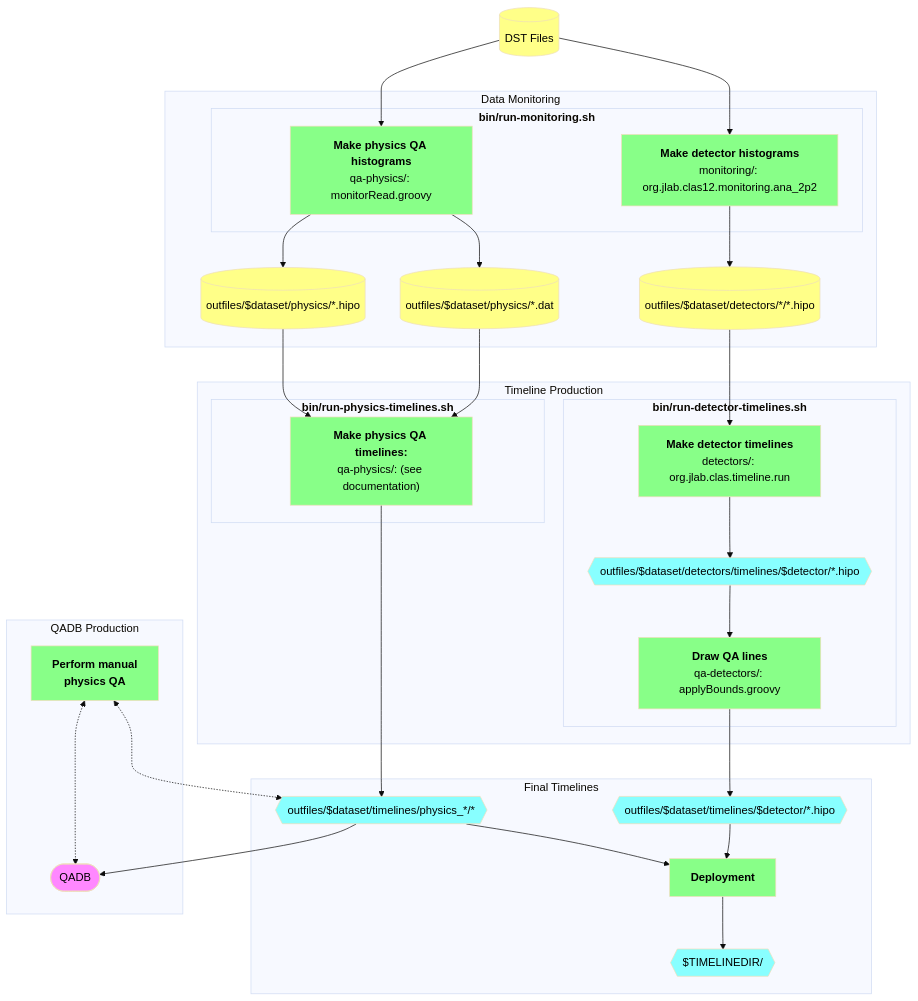
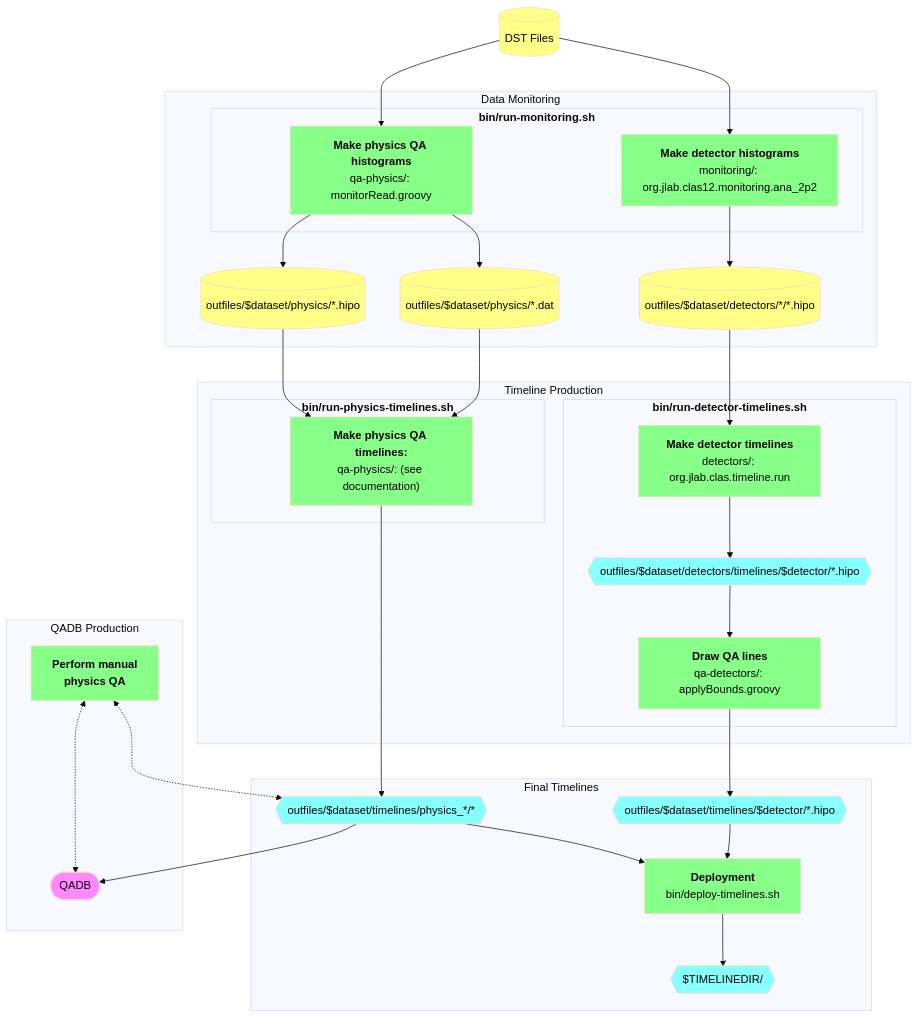
The diagram in README.md (JeffersonLab/clas12-timeline), drawn with Mermaid (base theme) before and after one commit. The commit also changed other lines of this file, not shown here.

````diff
--- a/README.md
+++ b/README.md
@@ -75,59 +75,57 @@
 ```mermaid
 flowchart TB
 
     classDef proc     fill:#8f8,color:black
     classDef data     fill:#ff8,color:black
     classDef misc     fill:#f8f,color:black
     classDef timeline fill:#8ff,color:black
 
     dst[(DST Files)]:::data
 
     subgraph Data Monitoring
         subgraph "<strong>bin/run-monitoring.sh</strong>"
             monitorDetectors["<strong>Make detector histograms</strong><br/>monitoring/: org.jlab.clas12.monitoring.ana_2p2"]:::proc
             monitorPhysics["<strong>Make physics QA histograms</strong><br/>qa-physics/: monitorRead.groovy"]:::proc
         end
         outplots[(outfiles/$dataset/detectors/*/*.hipo)]:::data
         outdat[(outfiles/$dataset/physics/*.dat)]:::data
         outmon[(outfiles/$dataset/physics/*.hipo)]:::data
     end
     dst --> monitorDetectors
     dst --> monitorPhysics
     monitorDetectors --> outplots
     monitorPhysics   --> outdat
     monitorPhysics   --> outmon
 
     subgraph Timeline Production
         subgraph "<strong>bin/run-detector-timelines.sh</strong>"
             timelineDetectorsPreQA["<strong>Make detector timelines</strong><br/>detectors/: org.jlab.clas.timeline.run"]:::proc
             outTimelineDetectorsPreQA{{outfiles/$dataset/detectors/timelines/$detector/*.hipo}}:::timeline
             timelineDetectors["<strong>Draw QA lines</strong><br/>qa-detectors/: applyBounds.groovy"]:::proc
         end
         subgraph "<strong>bin/run-physics-timelines.sh</strong>"
             timelinePhysics["<strong>Make physics QA timelines:</strong><br/>qa-physics/: (see documentation)"]:::proc
         end
     end
     subgraph Final Timelines
         outTimelinePhysics{{outfiles/$dataset/timelines/physics_*/*}}:::timeline
         outTimelineDetectors{{outfiles/$dataset/timelines/$detector/*.hipo}}:::timeline
-        deploy["<strong>Deployment</strong>"]:::proc
+        deploy["<strong>Deployment</strong><br/>bin/deploy-timelines.sh"]:::proc
         timelineDir{{"$TIMELINEDIR/"}}:::timeline
     end
     outplots --> timelineDetectorsPreQA --> outTimelineDetectorsPreQA --> timelineDetectors --> outTimelineDetectors
     outdat   --> timelinePhysics
     outmon   --> timelinePhysics
     timelinePhysics --> outTimelinePhysics
     outTimelineDetectors --> deploy
     outTimelinePhysics   --> deploy
     deploy --> timelineDir
 
     subgraph QADB Production
         qadb([QADB]):::misc
         manualQA[<strong>Perform manual<br/>physics QA</strong>]:::proc
     end
     outTimelinePhysics   --> qadb
     manualQA <-.-> outTimelinePhysics
     manualQA <-.-> qadb
-    
-
 ```
````
